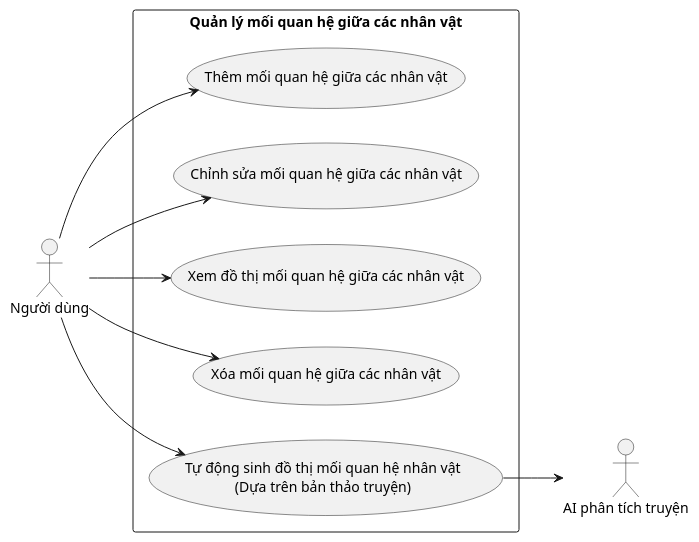
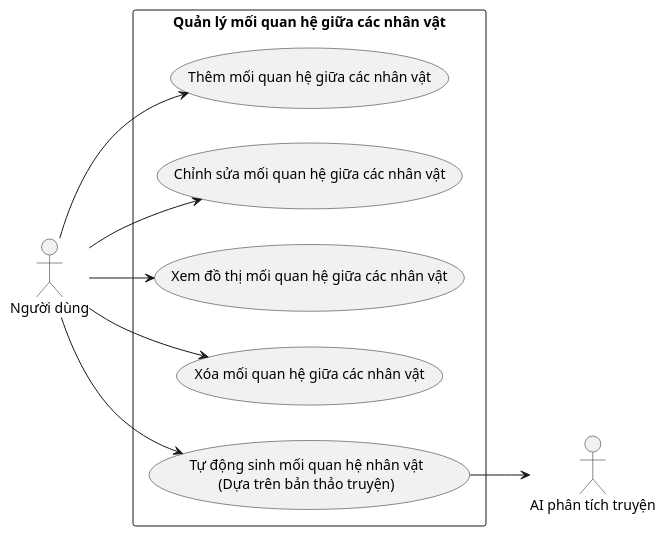
Before and after one commit to 202416852-anhpv/story2video-docs: the diagram in docs/bieu-do-uc/bieu-do-uc-chi-tiet/setup/xay-dung-the-gioi-truyen/quan-ly-moi-quan-he-nhan-vat.puml, drawn with PlantUML. The commit also changed 1 other file, not shown here.

```diff
--- a/docs/bieu-do-uc/bieu-do-uc-chi-tiet/setup/xay-dung-the-gioi-truyen/quan-ly-moi-quan-he-nhan-vat.puml
+++ b/docs/bieu-do-uc/bieu-do-uc-chi-tiet/setup/xay-dung-the-gioi-truyen/quan-ly-moi-quan-he-nhan-vat.puml
@@ -1,22 +1,22 @@
 @startuml quan-ly-moi-quan-he-nhan-vat
 left to right direction
 
 actor "Người dùng" as User
 actor "AI phân tích truyện" as AI_LLM
 
 rectangle "Quản lý mối quan hệ giữa các nhân vật" {
     usecase "Thêm mối quan hệ giữa các nhân vật" as UC_01
     usecase "Chỉnh sửa mối quan hệ giữa các nhân vật" as UC_02
     usecase "Xem đồ thị mối quan hệ giữa các nhân vật" as UC_03
     usecase "Xóa mối quan hệ giữa các nhân vật" as UC_04
-    usecase "Tự động sinh đồ thị mối quan hệ nhân vật\n(Dựa trên bản thảo truyện)" as UC_05
+    usecase "Tự động sinh mối quan hệ nhân vật\n(Dựa trên bản thảo truyện)" as UC_05
 }
 
 User --> UC_01
 User --> UC_02
 User --> UC_03
 User --> UC_04
 User --> UC_05
 UC_05 --> AI_LLM
 
 @enduml
```
